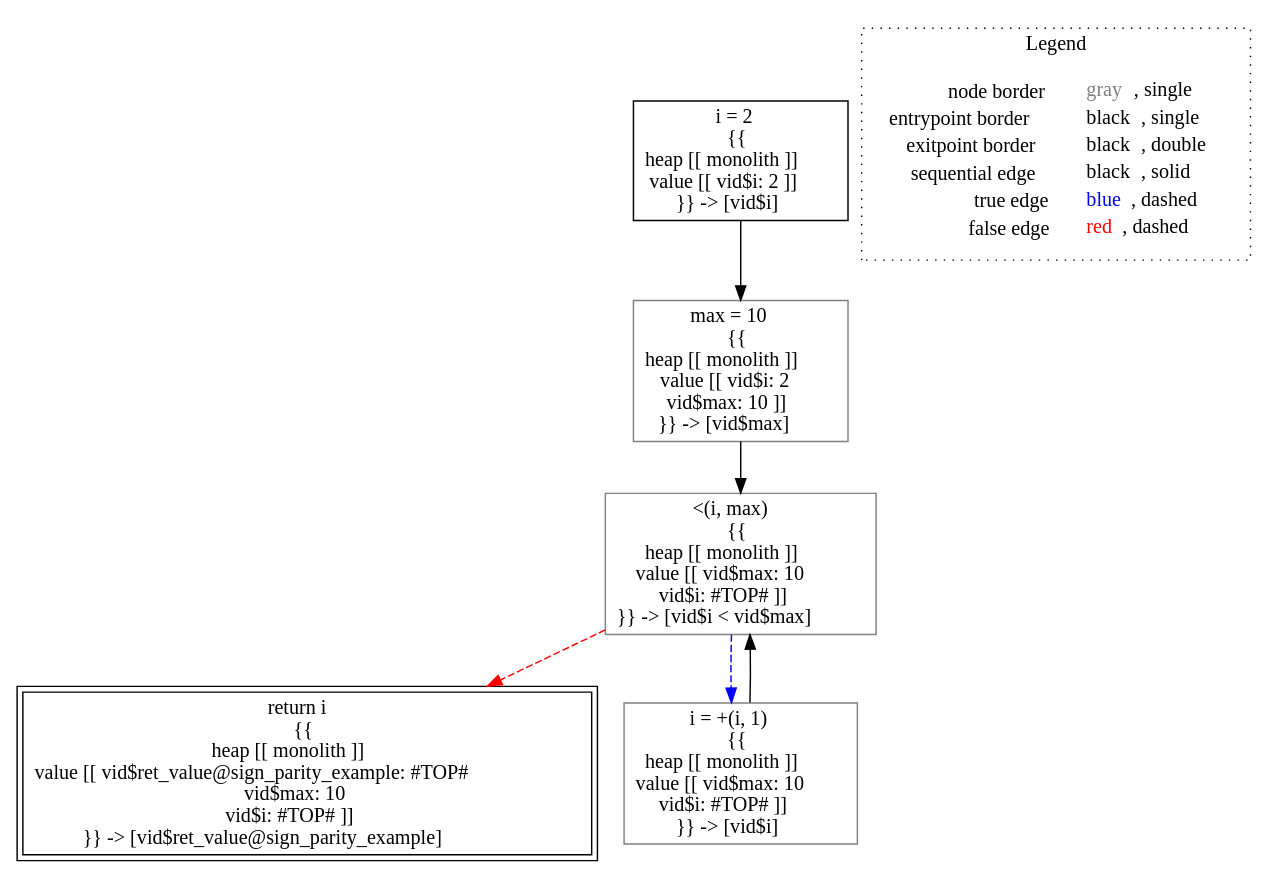
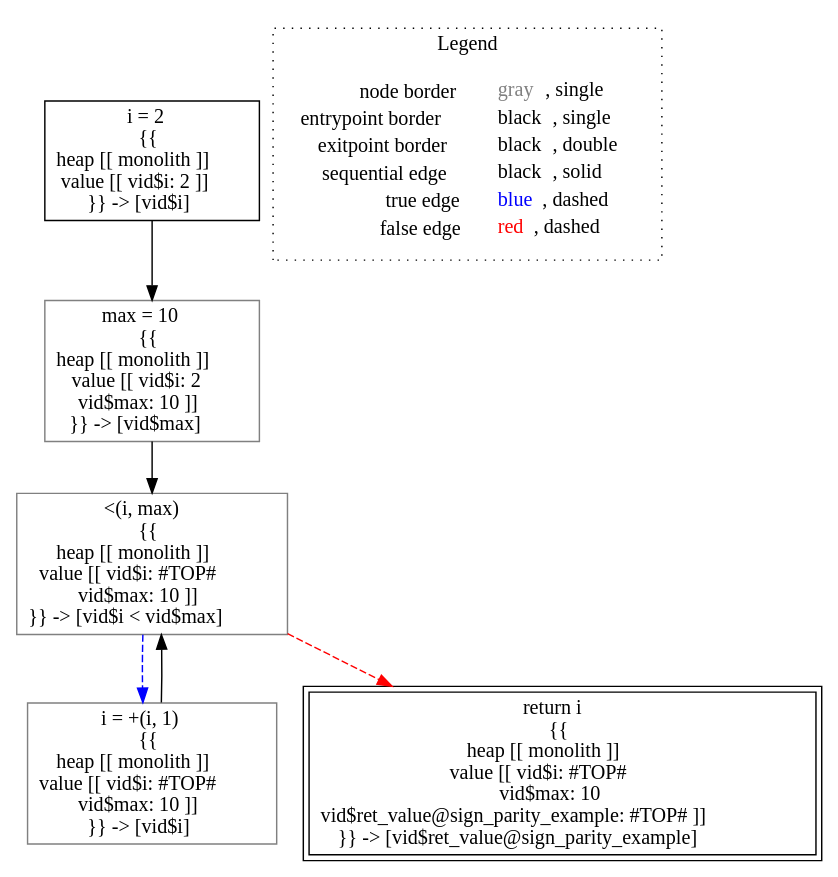
One commit to lisa-analyzer/lisa changed the diagram in lisa/imp-testcases/int-const/analysis___untyped_tutorial.sign_parity_example().dot. Above: the diagram before and after it, drawn with Graphviz. The commit also changed 29 other files, not shown here.

```diff
--- a/lisa/imp-testcases/int-const/analysis___untyped_tutorial.sign_parity_example().dot
+++ b/lisa/imp-testcases/int-const/analysis___untyped_tutorial.sign_parity_example().dot
@@ -1,19 +1,19 @@
 digraph {
 	"node0" [shape="rect",color="black",label=<i = 2<BR/>{{<BR/>heap [[ monolith ]]<BR/>value [[ vid$i: 2 ]]<BR/>}} -&gt; [vid$i]>];
-	"node1" [shape="rect",color="gray",label=<&lt;(i, max)<BR/>{{<BR/>heap [[ monolith ]]<BR/>value [[ vid$max: 10<BR/>vid$i: #TOP# ]]<BR/>}} -&gt; [vid$i &lt; vid$max]>];
-	"node2" [shape="rect",color="black",peripheries="2",label=<return i<BR/>{{<BR/>heap [[ monolith ]]<BR/>value [[ vid$ret_value@sign_parity_example: #TOP#<BR/>vid$max: 10<BR/>vid$i: #TOP# ]]<BR/>}} -&gt; [vid$ret_value@sign_parity_example]>];
+	"node1" [shape="rect",color="gray",label=<i = +(i, 1)<BR/>{{<BR/>heap [[ monolith ]]<BR/>value [[ vid$i: #TOP#<BR/>vid$max: 10 ]]<BR/>}} -&gt; [vid$i]>];
+	"node2" [shape="rect",color="black",peripheries="2",label=<return i<BR/>{{<BR/>heap [[ monolith ]]<BR/>value [[ vid$i: #TOP#<BR/>vid$max: 10<BR/>vid$ret_value@sign_parity_example: #TOP# ]]<BR/>}} -&gt; [vid$ret_value@sign_parity_example]>];
 	"node3" [shape="rect",color="gray",label=<max = 10<BR/>{{<BR/>heap [[ monolith ]]<BR/>value [[ vid$i: 2<BR/>vid$max: 10 ]]<BR/>}} -&gt; [vid$max]>];
-	"node4" [shape="rect",color="gray",label=<i = +(i, 1)<BR/>{{<BR/>heap [[ monolith ]]<BR/>value [[ vid$max: 10<BR/>vid$i: #TOP# ]]<BR/>}} -&gt; [vid$i]>];
-	"node1" -> "node2" [color="red",style="dashed"];
-	"node1" -> "node4" [color="blue",style="dashed"];
-	"node3" -> "node1" [color="black"];
+	"node4" [shape="rect",color="gray",label=<&lt;(i, max)<BR/>{{<BR/>heap [[ monolith ]]<BR/>value [[ vid$i: #TOP#<BR/>vid$max: 10 ]]<BR/>}} -&gt; [vid$i &lt; vid$max]>];
 	"node0" -> "node3" [color="black"];
-	"node4" -> "node1" [color="black"];
+	"node1" -> "node4" [color="black"];
+	"node3" -> "node4" [color="black"];
+	"node4" -> "node1" [color="blue",style="dashed"];
+	"node4" -> "node2" [color="red",style="dashed"];
 subgraph cluster_legend {
 	label="Legend";
 	style=dotted;
 	node [shape=plaintext];
 	"legend" [label=<<table border="0" cellpadding="2" cellspacing="0" cellborder="0"><tr><td align="right">node border&nbsp;</td><td align="left"><font color="gray">gray</font>, single</td></tr><tr><td align="right">entrypoint border&nbsp;</td><td align="left"><font color="black">black</font>, single</td></tr><tr><td align="right">exitpoint border&nbsp;</td><td align="left"><font color="black">black</font>, double</td></tr><tr><td align="right">sequential edge&nbsp;</td><td align="left"><font color="black">black</font>, solid</td></tr><tr><td align="right">true edge&nbsp;</td><td align="left"><font color="blue">blue</font>, dashed</td></tr><tr><td align="right">false edge&nbsp;</td><td align="left"><font color="red">red</font>, dashed</td></tr></table>>];
 }
 
 }
```
